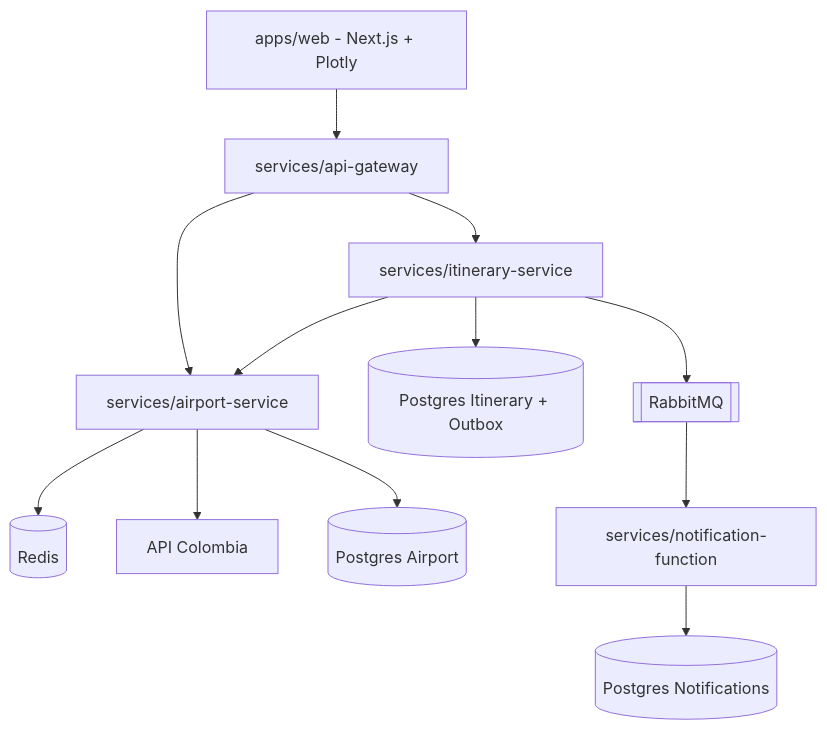
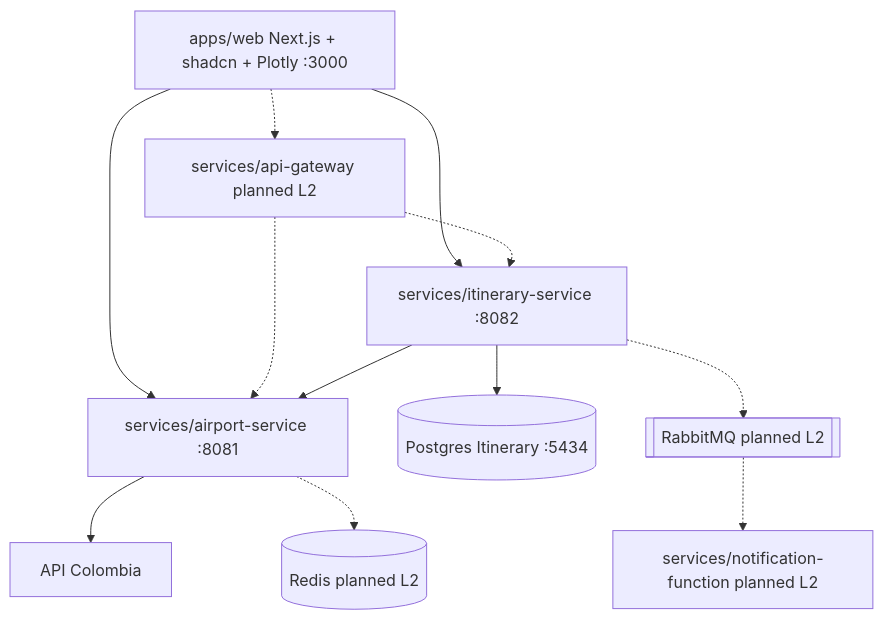
One commit to bue221/proyecto-arquitectura-software-emergente changed the diagram in docs/03-diagrams/components.md. Above: the diagram before and after it, drawn with Mermaid. The commit also changed other lines of this file, not shown here.

Commit message:
docs(diagrams): align component view with Level 1 wiring
Show direct web-to-service calls and mark Gateway/Redis/broker as planned Level 2+.

````diff
--- a/docs/03-diagrams/components.md
+++ b/docs/03-diagrams/components.md
@@ -3,29 +3,26 @@
 ```mermaid
 flowchart TB
-  WEB[apps/web - Next.js + Plotly]
+  WEB[apps/web Next.js + shadcn + Plotly :3000]
 
-  GW[services/api-gateway]
+  GW[services/api-gateway planned L2]
+  AIR[services/airport-service :8081]
+  ITI[services/itinerary-service :8082]
+  NF[services/notification-function planned L2]
 
-  AIR[services/airport-service]
-  ITI[services/itinerary-service]
-  NF[services/notification-function]
-
-  PG1[(Postgres Airport)]
-  PG2[(Postgres Itinerary + Outbox)]
-  PG3[(Postgres Notifications)]
-  REDIS[(Redis)]
-  RMQ[[RabbitMQ]]
+  PG2[(Postgres Itinerary :5434)]
+  REDIS[(Redis planned L2)]
+  RMQ[[RabbitMQ planned L2]]
   COL[API Colombia]
 
-  WEB --> GW
-  GW --> AIR
-  GW --> ITI
+  WEB --> AIR
+  WEB --> ITI
+  WEB -.-> GW
+  GW -.-> AIR
+  GW -.-> ITI
   ITI --> AIR
-  AIR --> REDIS
   AIR --> COL
-  AIR --> PG1
+  AIR -.-> REDIS
   ITI --> PG2
-  ITI --> RMQ
-  RMQ --> NF
-  NF --> PG3
+  ITI -.-> RMQ
+  RMQ -.-> NF
 ```
````
